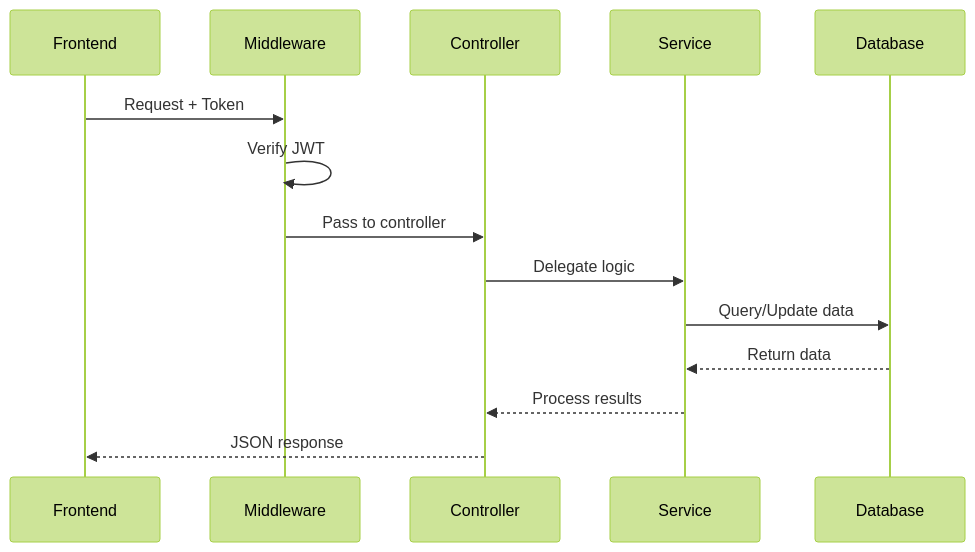
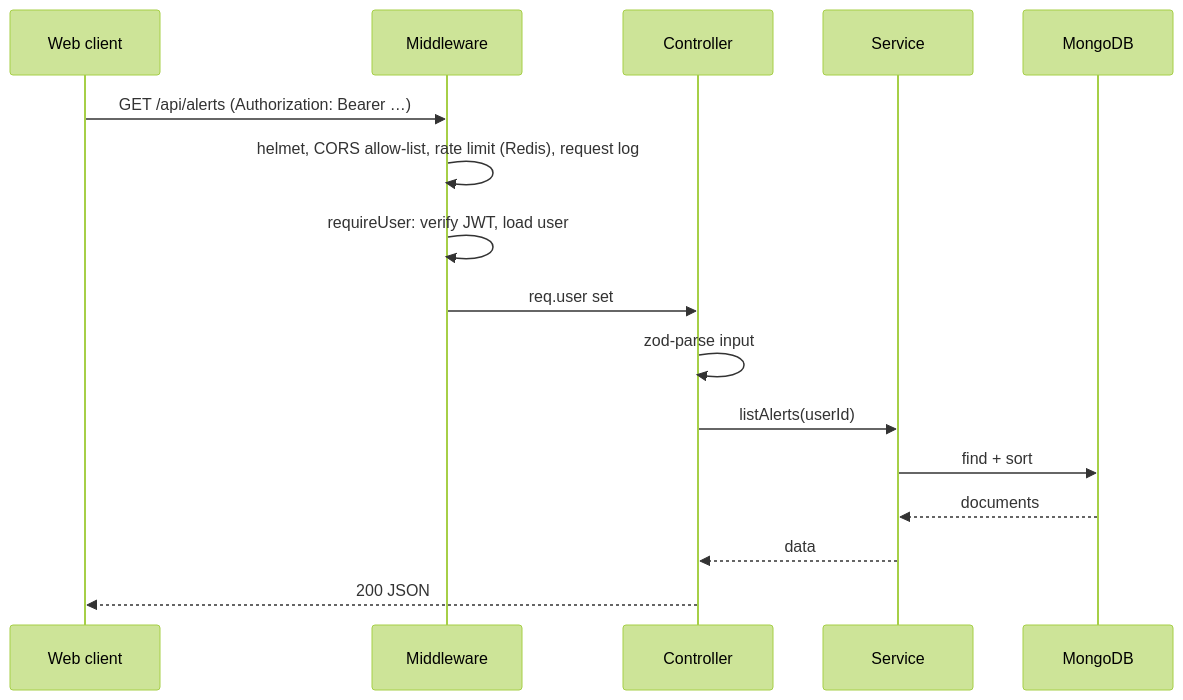
One commit to e-choness/eco-manage changed the second of 3 diagrams in docs/ARCHITECTURE.md. Above: the diagram before and after it, drawn with Mermaid (forest theme). The commit also changed other lines of this file and 11 other files, not shown here.

````diff
--- a/docs/ARCHITECTURE.md
+++ b/docs/ARCHITECTURE.md
@@ -131,17 +55,18 @@
 ```mermaid
 sequenceDiagram
-    participant Frontend as Frontend
-    participant Middleware as Middleware
-    participant Controller as Controller
-    participant Service as Service
-    participant DB as Database
-    
-    Frontend->>Middleware: Request + Token
-    Middleware->>Middleware: Verify JWT
-    Middleware->>Controller: Pass to controller
-    Controller->>Service: Delegate logic
-    Service->>DB: Query/Update data
-    DB-->>Service: Return data
-    Service-->>Controller: Process results
-    Controller-->>Frontend: JSON response
+    participant W as Web client
+    participant M as Middleware
+    participant C as Controller
+    participant S as Service
+    participant DB as MongoDB
+    W->>M: GET /api/alerts (Authorization: Bearer …)
+    M->>M: helmet, CORS allow-list, rate limit (Redis), request log
+    M->>M: requireUser: verify JWT, load user
+    M->>C: req.user set
+    C->>C: zod-parse input
+    C->>S: listAlerts(userId)
+    S->>DB: find + sort
+    DB-->>S: documents
+    S-->>C: data
+    C-->>W: 200 JSON
 ```
````
